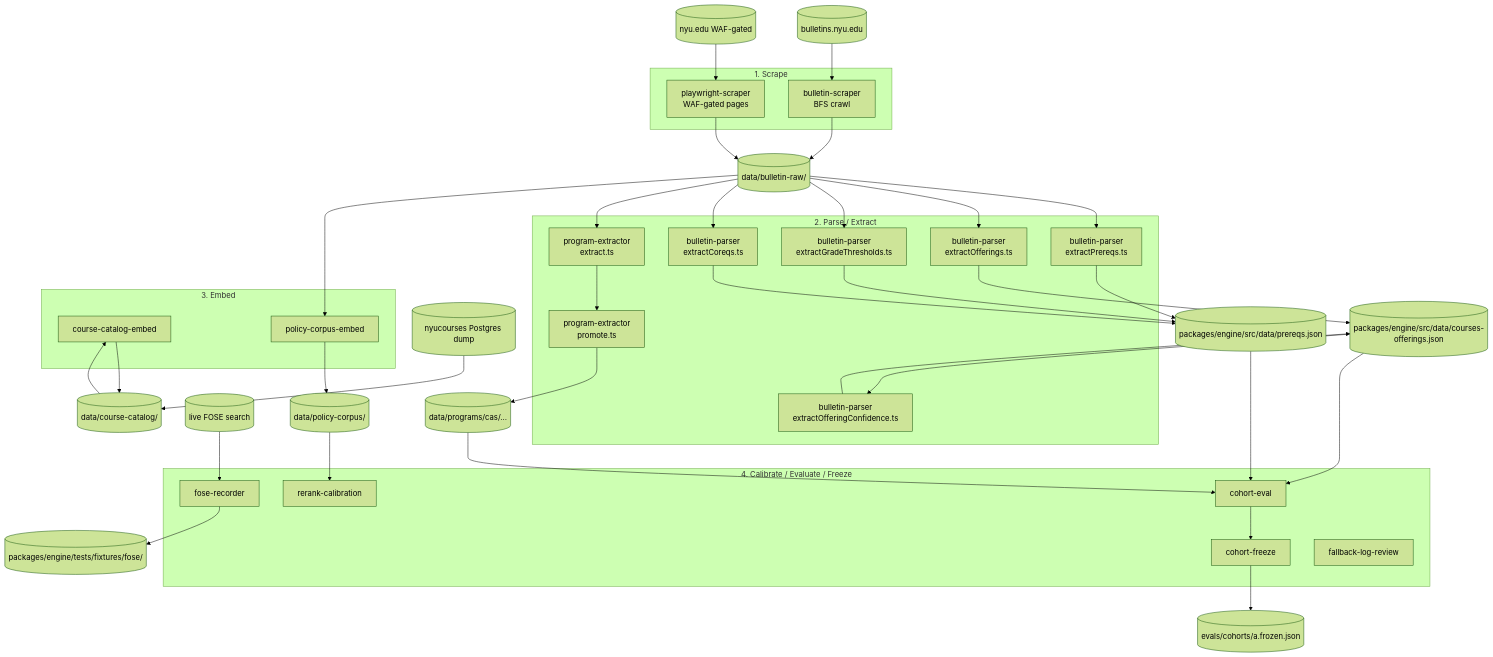
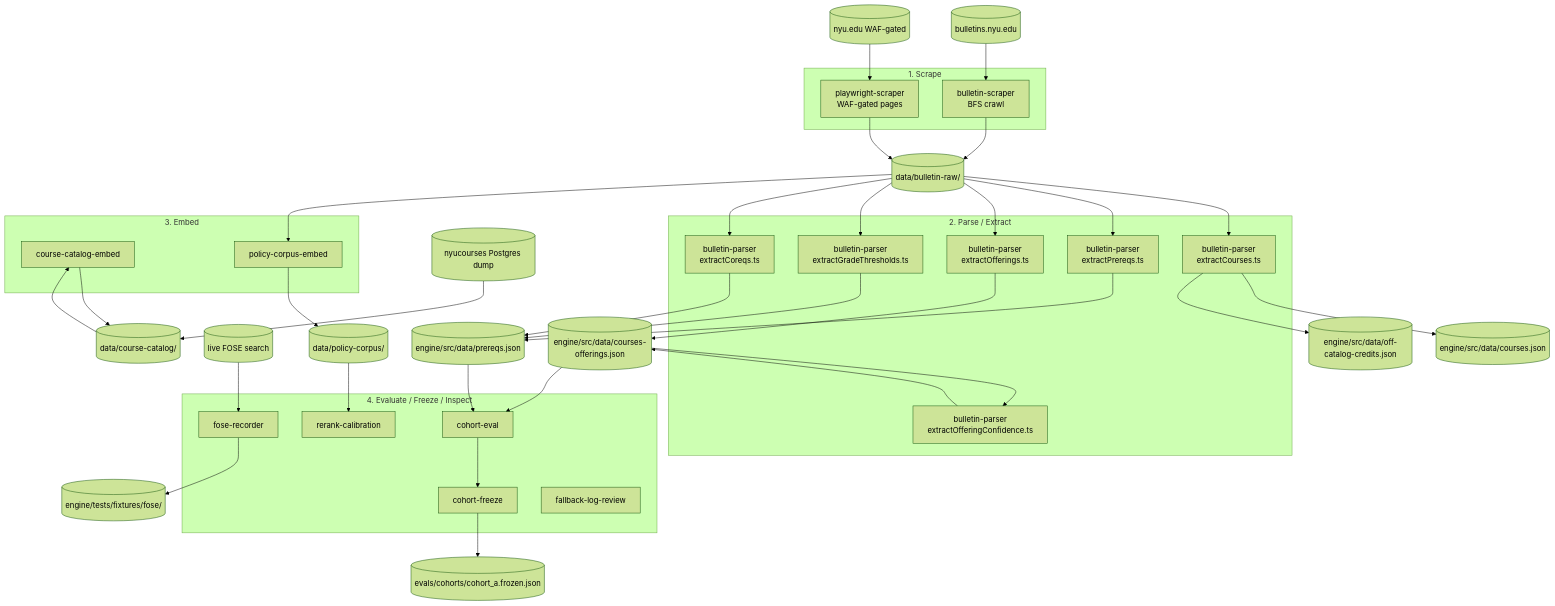
Before and after one commit to EdoardoMongardi/NYU_Path: the second of 2 diagrams in Docs/current-system/surrounding/data-pipeline.md, drawn with Mermaid (forest theme). The commit also changed other lines of this file and 73 other files, not shown here.

````diff
--- a/Docs/current-system/surrounding/data-pipeline.md
+++ b/Docs/current-system/surrounding/data-pipeline.md
@@ -153,67 +147,67 @@
 ```mermaid
 flowchart TB
     subgraph SCRAPE["1. Scrape"]
         BS[bulletin-scraper<br/>BFS crawl]
         PWS[playwright-scraper<br/>WAF-gated pages]
     end
 
     subgraph PARSE["2. Parse / Extract"]
+        EC[bulletin-parser<br/>extractCourses.ts]
         EP[bulletin-parser<br/>extractPrereqs.ts]
         EO[bulletin-parser<br/>extractOfferings.ts]
         EOC[bulletin-parser<br/>extractOfferingConfidence.ts]
         EGT[bulletin-parser<br/>extractGradeThresholds.ts]
         ECR[bulletin-parser<br/>extractCoreqs.ts]
-        PE[program-extractor<br/>extract.ts]
-        PR[program-extractor<br/>promote.ts]
     end
 
     subgraph EMBED["3. Embed"]
         CCE[course-catalog-embed]
         PCE[policy-corpus-embed]
     end
 
-    subgraph TEST["4. Calibrate / Evaluate / Freeze"]
+    subgraph TEST["4. Evaluate / Freeze / Inspect"]
         RC[rerank-calibration]
         CE[cohort-eval]
         CF[cohort-freeze]
         FLR[fallback-log-review]
         FR[fose-recorder]
     end
 
     LIVE[(bulletins.nyu.edu)]
     NYULIVE[(nyu.edu WAF-gated)]
     PGS[(nyucourses Postgres dump)]
     FOSE[(live FOSE search)]
 
     BR[(data/bulletin-raw/)]
-    PREREQ[(packages/engine/src/data/prereqs.json)]
-    OFF[(packages/engine/src/data/courses-offerings.json)]
-    PRG[(data/programs/cas/...)]
+    COURSES[(engine/src/data/courses.json)]
+    OFFCAT[(engine/src/data/off-catalog-credits.json)]
+    PREREQ[(engine/src/data/prereqs.json)]
+    OFF[(engine/src/data/courses-offerings.json)]
     CC[(data/course-catalog/)]
     PC[(data/policy-corpus/)]
-    FIX[(packages/engine/tests/fixtures/fose/)]
-    EVL[(evals/cohorts/a.frozen.json)]
+    FIX[(engine/tests/fixtures/fose/)]
+    EVL[(evals/cohorts/cohort_a.frozen.json)]
 
     LIVE --> BS
     NYULIVE --> PWS
     BS --> BR
     PWS --> BR
 
+    BR --> EC --> COURSES
+    EC --> OFFCAT
     BR --> EP --> PREREQ
     BR --> EO --> OFF
     OFF --> EOC --> OFF
     BR --> EGT --> PREREQ
     BR --> ECR --> PREREQ
-    BR --> PE --> PR --> PRG
 
     PGS --> CC
     CC --> CCE --> CC
     BR --> PCE --> PC
 
     FOSE --> FR --> FIX
     PC --> RC
     PREREQ --> CE
     OFF --> CE
-    PRG --> CE
     CE --> CF --> EVL
 ```
````
